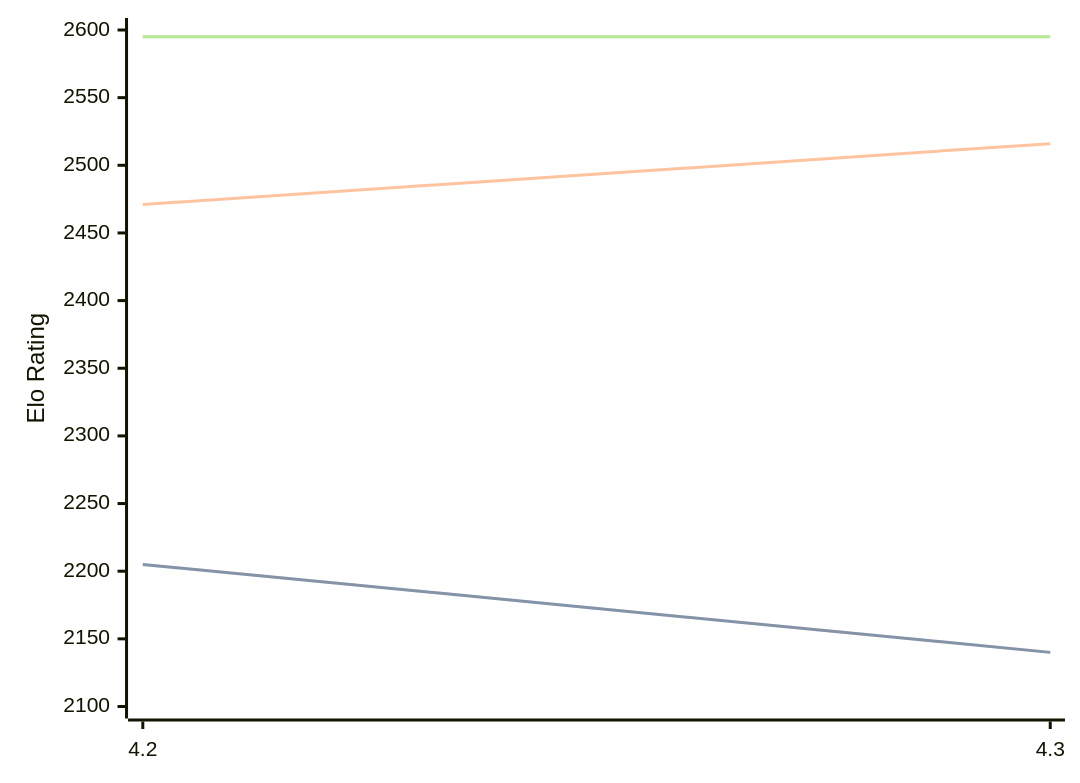
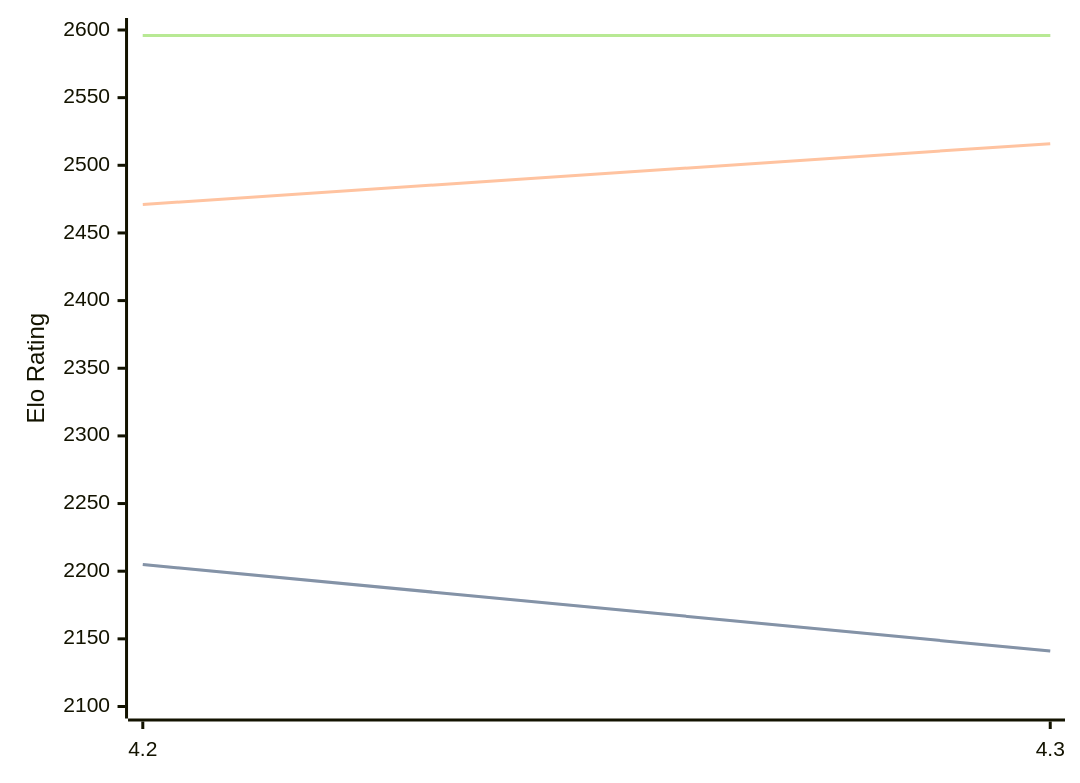
The diagram in engines/Eubos.md (computer-chess-index/cci), drawn with Mermaid before and after one commit. The commit also changed other lines of this file, not shown here.

Commit message:
Update CCI Ratings (ELO VLTC) - 2026-02-18

````diff
--- a/engines/Eubos.md
+++ b/engines/Eubos.md
@@ -85,11 +85,11 @@
 ```mermaid
 %%{init: {"theme":"base","themeVariables":{"seriesColors:['#a3a3a3','#222221','#faa371']}}}%%
 xychart-beta
   x-axis ["4.2", "4.3"]
   y-axis "Elo Rating" 2100 --> 2600
-  line "STC (8.0+0.08s)" [2205, 2140]
-  line "STC (8.0+0.08s)" [2205, 2140]
+  line "STC (8.0+0.08s)" [2205, 2141]
+  line "STC (8.0+0.08s)" [2205, 2141]
   line "LTC (60.0+0.60s)" [2471, 2516]
-  line "VLTC (2m24s+1.12s)" [2595, 2595]
-  line "VLTC (2m24s+1.12s)" [2595, 2595]
+  line "VLTC (2m24s+1.12s)" [2596, 2596]
+  line "VLTC (2m24s+1.12s)" [2596, 2596]
 ```
````
